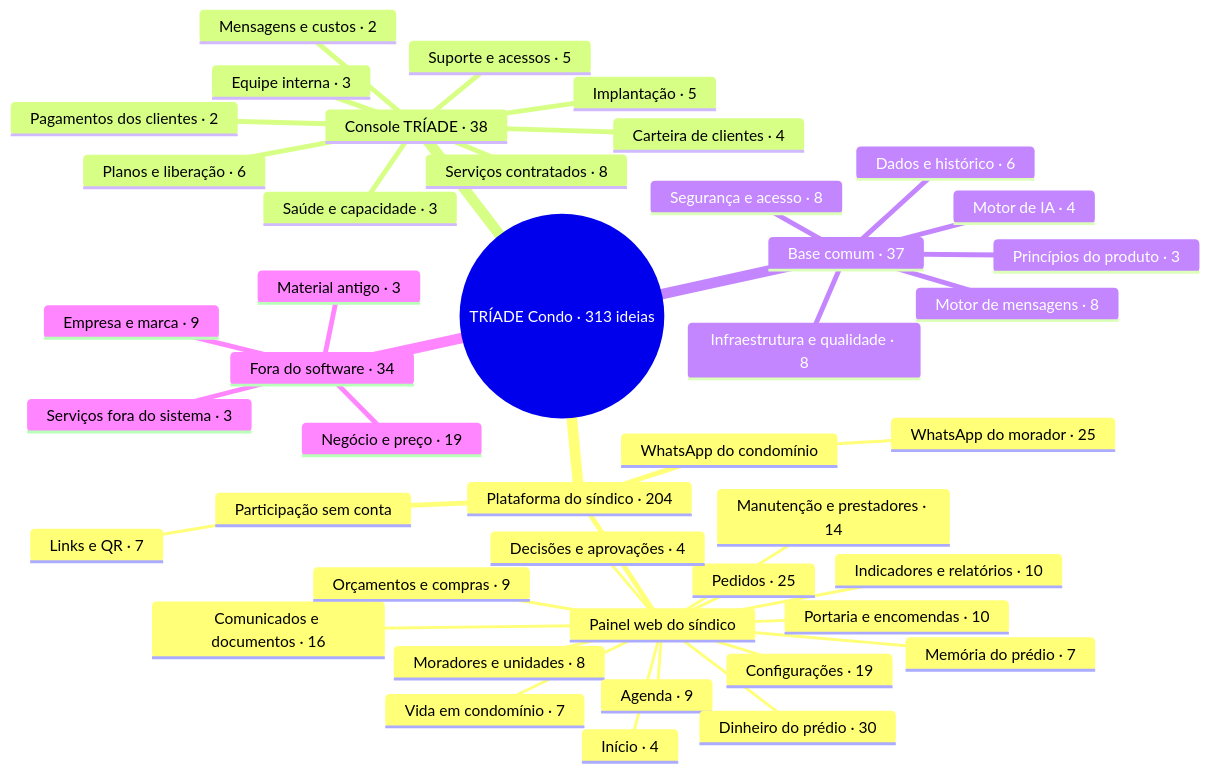
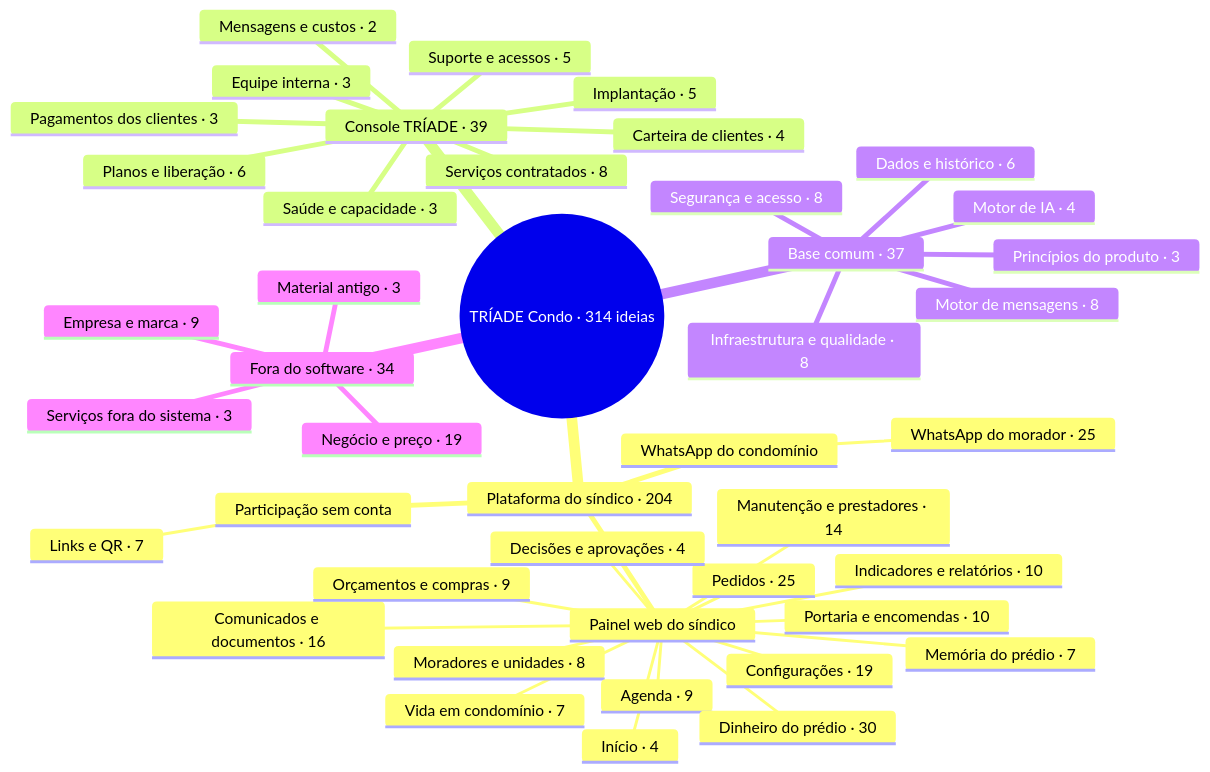
The diagram in triade-condo/MAPA.md (triade-prog/triade-condo), drawn with Mermaid before and after one commit. The commit also changed other lines of this file and 27 other files, not shown here.

````diff
--- a/triade-condo/MAPA.md
+++ b/triade-condo/MAPA.md
@@ -20,46 +20,46 @@
 ```mermaid
 mindmap
-  root((TRÍADE Condo · 313 ideias))
+  root((TRÍADE Condo · 314 ideias))
     Plataforma do síndico · 204
       Painel web do síndico
         Início · 4
         Pedidos · 25
         Decisões e aprovações · 4
         Moradores e unidades · 8
         Comunicados e documentos · 16
         Manutenção e prestadores · 14
         Agenda · 9
         Orçamentos e compras · 9
         Dinheiro do prédio · 30
         Portaria e encomendas · 10
         Vida em condomínio · 7
         Indicadores e relatórios · 10
         Memória do prédio · 7
         Configurações · 19
       WhatsApp do condomínio
         WhatsApp do morador · 25
       Participação sem conta
         Links e QR · 7
-    Console TRÍADE · 38
+    Console TRÍADE · 39
       Carteira de clientes · 4
       Implantação · 5
       Planos e liberação · 6
-      Pagamentos dos clientes · 2
+      Pagamentos dos clientes · 3
       Suporte e acessos · 5
       Serviços contratados · 8
       Equipe interna · 3
       Saúde e capacidade · 3
       Mensagens e custos · 2
     Base comum · 37
       Segurança e acesso · 8
       Dados e histórico · 6
       Motor de mensagens · 8
       Infraestrutura e qualidade · 8
       Princípios do produto · 3
       Motor de IA · 4
     Fora do software · 34
       Serviços fora do sistema · 3
       Negócio e preço · 19
       Empresa e marca · 9
       Material antigo · 3
 ```
````
